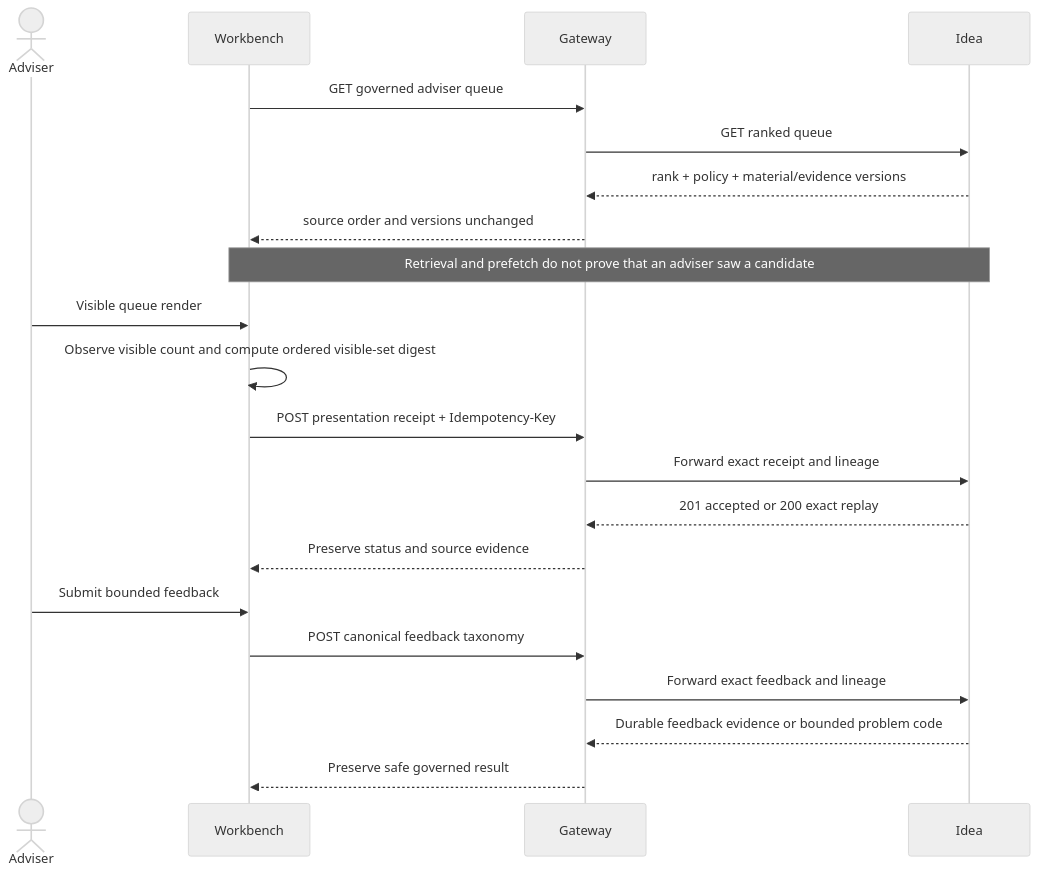
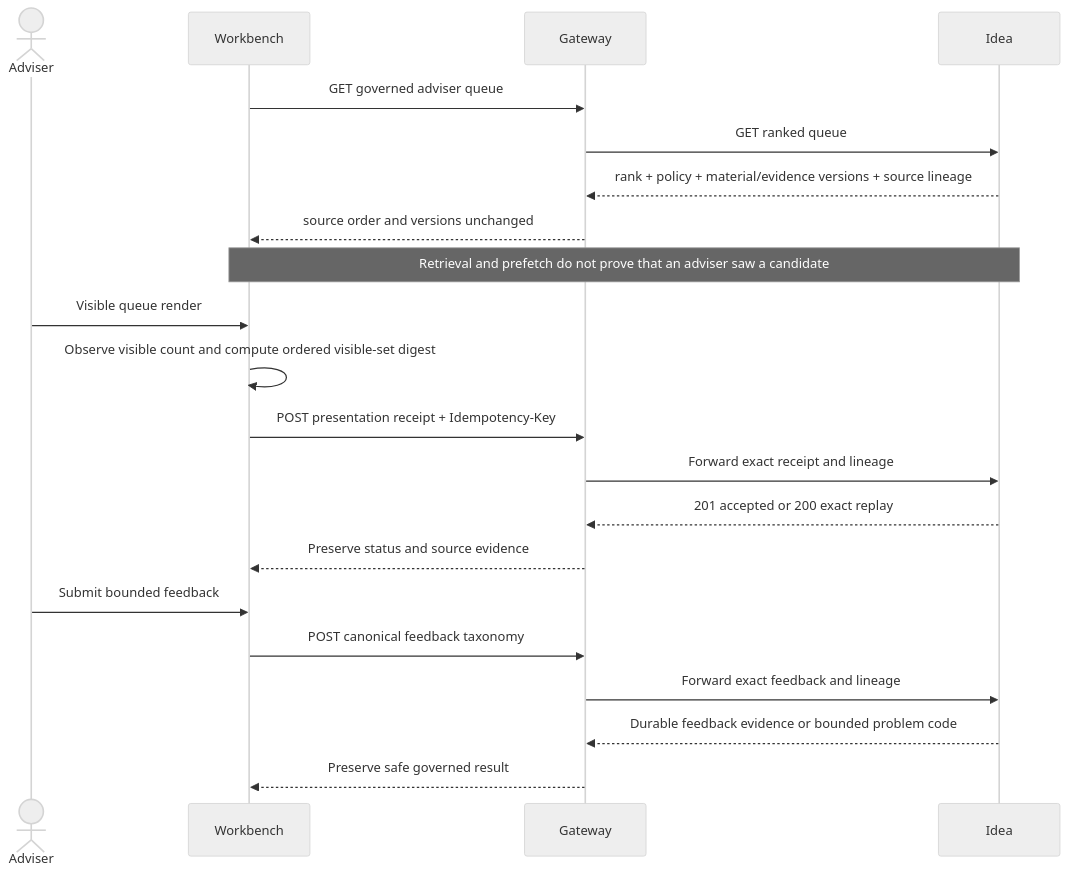
The diagram in docs/operations/idea-opportunity-action-transport.md (sgajbi/lotus-gateway), drawn with Mermaid (neutral theme) before and after one commit. The commit also changed other lines of this file and 14 other files, not shown here.

Commit message:
fix: preserve Idea receipt source lineage

````diff
--- a/docs/operations/idea-opportunity-action-transport.md
+++ b/docs/operations/idea-opportunity-action-transport.md
@@ -18,24 +18,24 @@
 ```mermaid
 sequenceDiagram
     actor Adviser
     participant Workbench
     participant Gateway
     participant Idea
 
     Workbench->>Gateway: GET governed adviser queue
     Gateway->>Idea: GET ranked queue
-    Idea-->>Gateway: rank + policy + material/evidence versions
+    Idea-->>Gateway: rank + policy + material/evidence versions + source lineage
     Gateway-->>Workbench: source order and versions unchanged
     Note over Workbench,Idea: Retrieval and prefetch do not prove that an adviser saw a candidate
     Adviser->>Workbench: Visible queue render
     Workbench->>Workbench: Observe visible count and compute ordered visible-set digest
     Workbench->>Gateway: POST presentation receipt + Idempotency-Key
     Gateway->>Idea: Forward exact receipt and lineage
     Idea-->>Gateway: 201 accepted or 200 exact replay
     Gateway-->>Workbench: Preserve status and source evidence
     Adviser->>Workbench: Submit bounded feedback
     Workbench->>Gateway: POST canonical feedback taxonomy
     Gateway->>Idea: Forward exact feedback and lineage
     Idea-->>Gateway: Durable feedback evidence or bounded problem code
     Gateway-->>Workbench: Preserve safe governed result
 ```
````
